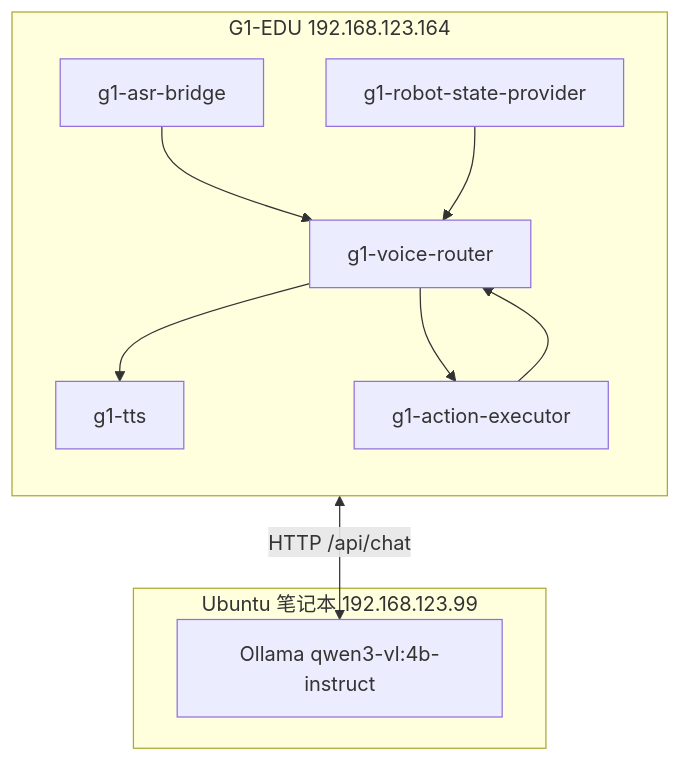
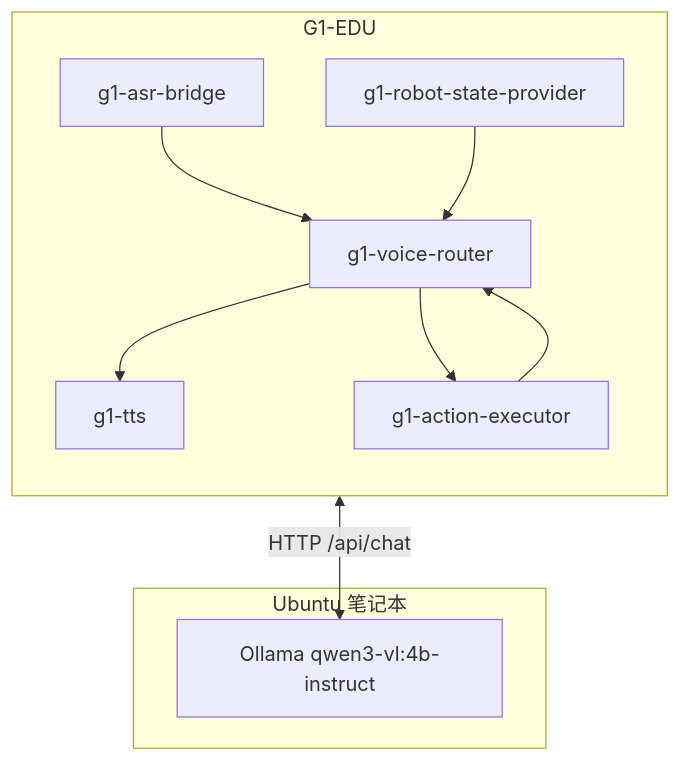
The fourth of 4 diagrams in releases/G1-EDU-Smart-Reception-V1.0/software_copyright/diagrams/architecture.md (CJWDDHCSJ/g1_dev), drawn with Mermaid before and after one commit. The commit also changed other lines of this file and 51 other files, not shown here.

````diff
--- a/releases/G1-EDU-Smart-Reception-V1.0/software_copyright/diagrams/architecture.md
+++ b/releases/G1-EDU-Smart-Reception-V1.0/software_copyright/diagrams/architecture.md
@@ -88,20 +87,20 @@
 ```mermaid
 flowchart TB
-    subgraph G1[G1-EDU 192.168.123.164]
+    subgraph G1[G1-EDU <G1_HOST>]
         direction TB
         N1[g1-asr-bridge]
         N2[g1-robot-state-provider]
         N3[g1-voice-router]
         N4[g1-tts]
         N5[g1-action-executor]
         N1 --> N3
         N2 --> N3
         N3 --> N4
         N3 --> N5
         N5 --> N3
     end
-    subgraph NB[Ubuntu 笔记本 192.168.123.99]
+    subgraph NB[Ubuntu 笔记本 <LLM_HOST>]
         OL[Ollama qwen3-vl:4b-instruct]
     end
     N3 <-->|HTTP /api/chat| OL
 ```
````
